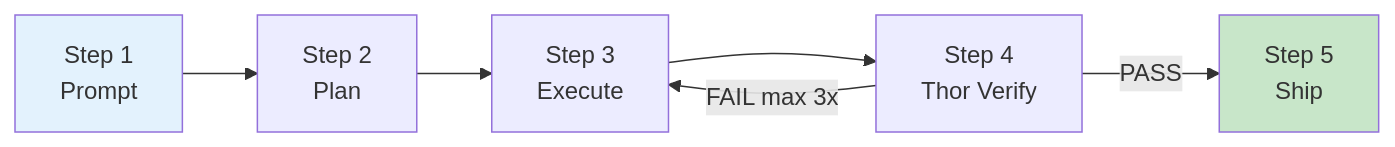
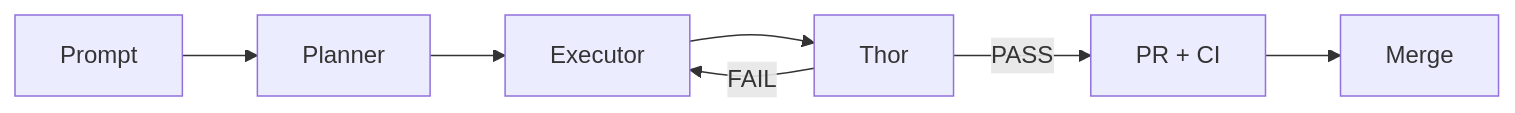
Before and after one commit to Roberdan/MyConvergio: the diagram in docs/workflow.md, drawn with Mermaid. The commit also changed other lines of this file and 86 other files, not shown here.

````diff
--- a/docs/workflow.md
+++ b/docs/workflow.md
@@ -5,10 +5,9 @@
 ```mermaid
 graph LR
-    P[Step 1<br/>Prompt] --> PL[Step 2<br/>Plan]
-    PL --> EX[Step 3<br/>Execute]
-    EX --> TH[Step 4<br/>Thor Verify]
-    TH -->|PASS| SH[Step 5<br/>Ship]
-    TH -->|FAIL max 3x| EX
-    style P fill:#e3f2fd
-    style SH fill:#c8e6c9
+    P[Prompt] --> PL[Planner]
+    PL --> EX[Executor]
+    EX --> TH[Thor]
+    TH -->|PASS| PR[PR + CI]
+    PR --> MG[Merge]
+    TH -->|FAIL| EX
 ```
````
